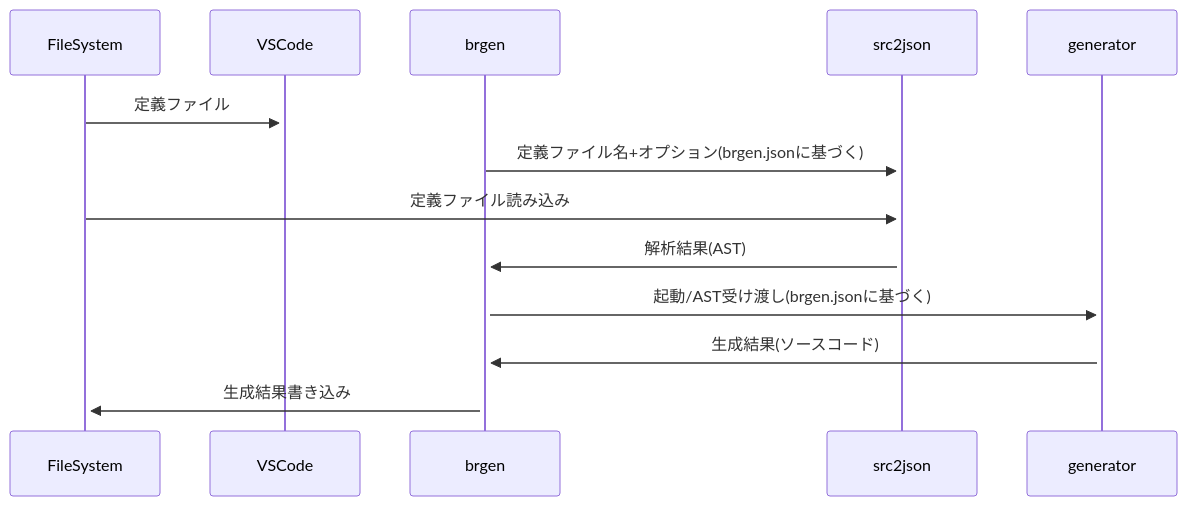
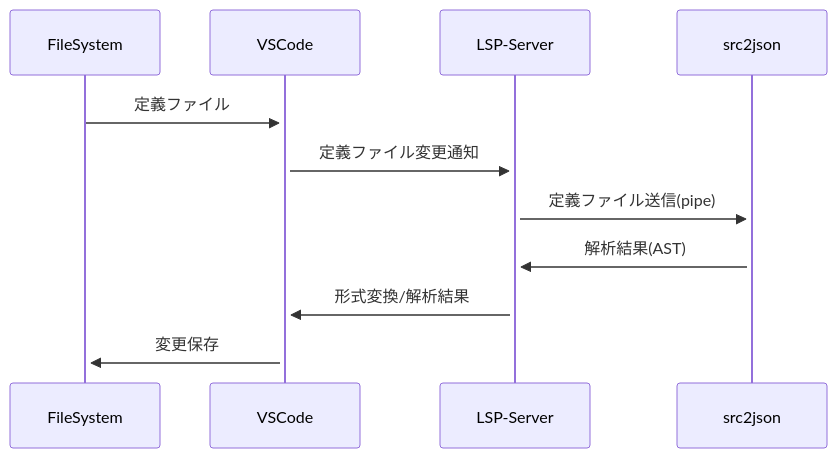
Before and after one commit to on-keyday/brgen: the fourth of 6 diagrams in web/doc/content/docs/overview.md, drawn with Mermaid. The commit also changed other lines of this file and 5 other files, not shown here.

````diff
--- a/web/doc/content/docs/overview.md
+++ b/web/doc/content/docs/overview.md
@@ -60,10 +60,9 @@
 ```mermaid
 sequenceDiagram
 FileSystem ->>+ VSCode: 定義ファイル
-brgen ->>+ src2json: 定義ファイル名+オプション(brgen.jsonに基づく)
-FileSystem ->>+ src2json: 定義ファイル読み込み
-src2json ->>+ brgen: 解析結果(AST)
-brgen ->>+ generator: 起動/AST受け渡し(brgen.jsonに基づく)
-generator ->>+ brgen: 生成結果(ソースコード)
-brgen ->>+ FileSystem :生成結果書き込み
+VSCode ->>+ LSP-Server: 定義ファイル変更通知
+LSP-Server ->>+ src2json: 定義ファイル送信(pipe)
+src2json ->>+ LSP-Server:解析結果(AST)
+LSP-Server ->>+ VSCode:形式変換/解析結果
+VSCode ->>+ FileSystem: 変更保存
 ```
````
